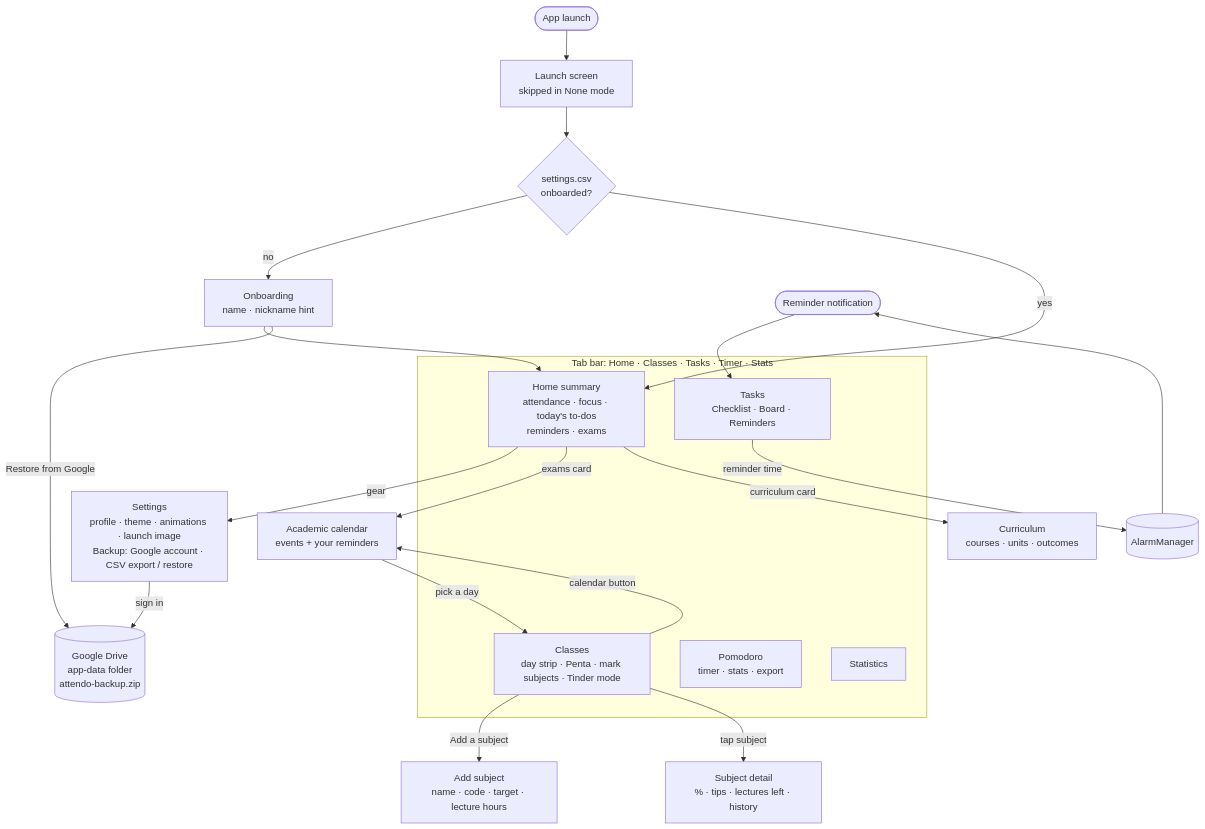
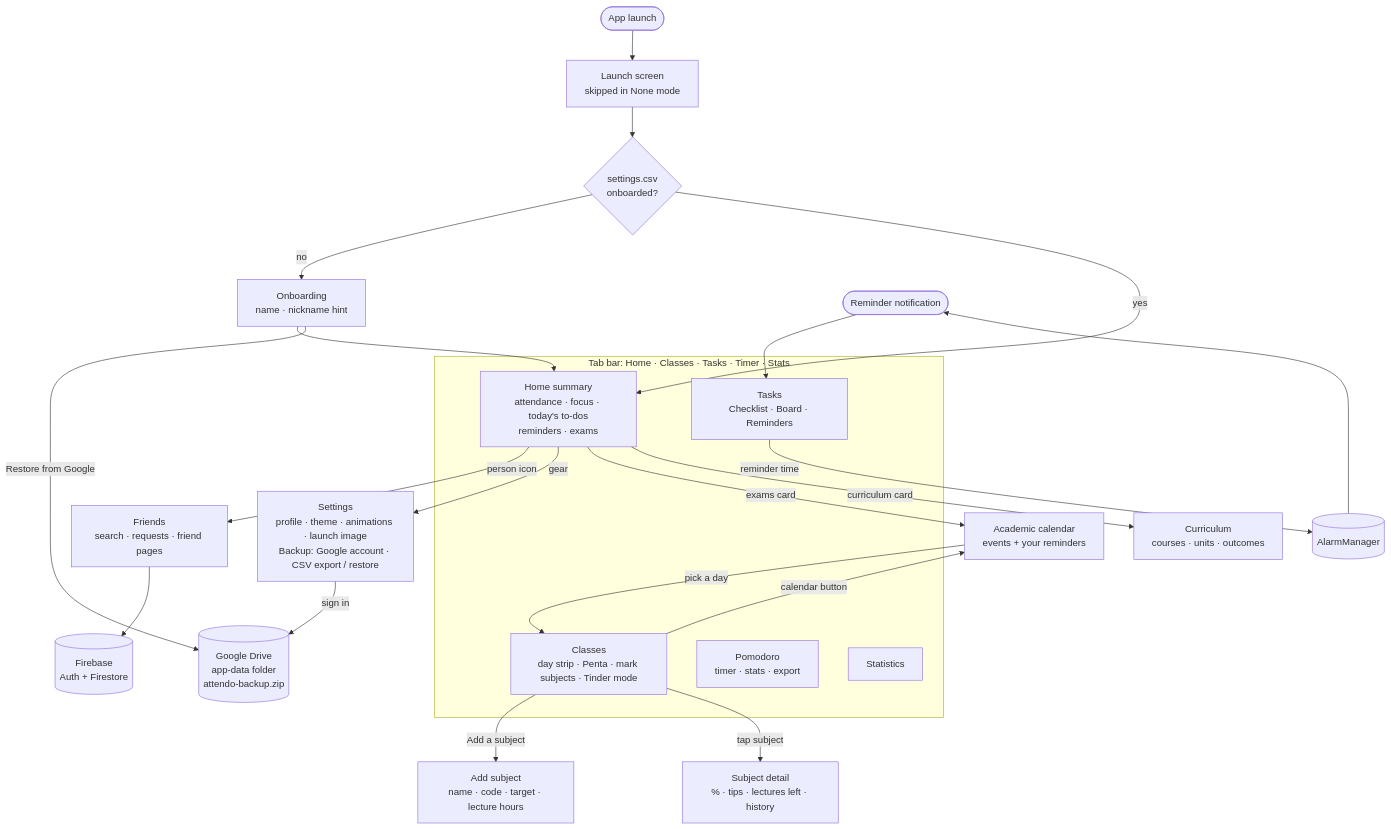
The second of 3 diagrams in docs/FLOWCHART.md (madhukarverma/attendo), drawn with Mermaid before and after one commit. The commit also changed 23 other files, not shown here.

First line of the commit message:
feat(friends): LeetCode-style friends on Firebase

````diff
--- a/docs/FLOWCHART.md
+++ b/docs/FLOWCHART.md
@@ -28,27 +28,29 @@
 ```mermaid
 flowchart TD
     Launch([App launch]) --> Splash[Launch screen<br/>skipped in None mode]
     Splash --> Load{settings.csv<br/>onboarded?}
     Load -- no --> Onb[Onboarding<br/>name · nickname hint] --> Home
     Load -- yes --> Home
     Notif([Reminder notification]) --> Todo
 
     subgraph Tabs["Tab bar: Home · Classes · Tasks · Timer · Stats"]
         Home[Home summary<br/>attendance · focus · today's to-dos<br/>reminders · exams]
         Classes[Classes<br/>day strip · Penta · mark subjects · Tinder mode]
         Todo[Tasks<br/>Checklist · Board · Reminders]
         Timer[Pomodoro<br/>timer · stats · export]
         Stats[Statistics]
     end
 
+    Home -- person icon --> Friends[Friends<br/>search · requests · friend pages]
+    Friends --> Fire[(Firebase<br/>Auth + Firestore)]
     Home -- gear --> Settings[Settings<br/>profile · theme · animations · launch image<br/>Backup: Google account · CSV export / restore]
     Settings -- sign in --> Drive[(Google Drive<br/>app-data folder<br/>attendo-backup.zip)]
     Onb -- Restore from Google --> Drive
     Home -- exams card --> Cal[Academic calendar<br/>events + your reminders]
     Home -- curriculum card --> Cur[Curriculum<br/>courses · units · outcomes]
     Classes -- calendar button --> Cal
     Cal -- pick a day --> Classes
     Classes -- Add a subject --> Add[Add subject<br/>name · code · target · lecture hours]
     Classes -- tap subject --> Detail[Subject detail<br/>% · tips · lectures left · history]
     Todo -- reminder time --> Alarm[(AlarmManager)] --> Notif
 ```
````
